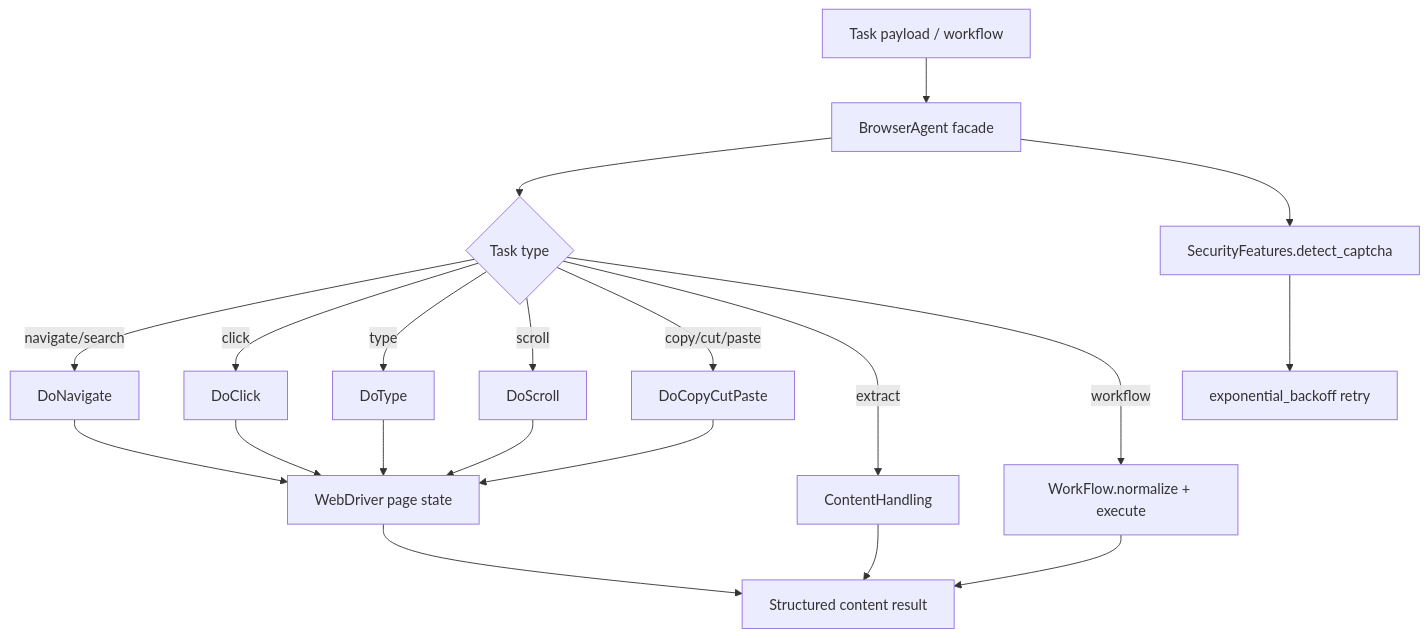
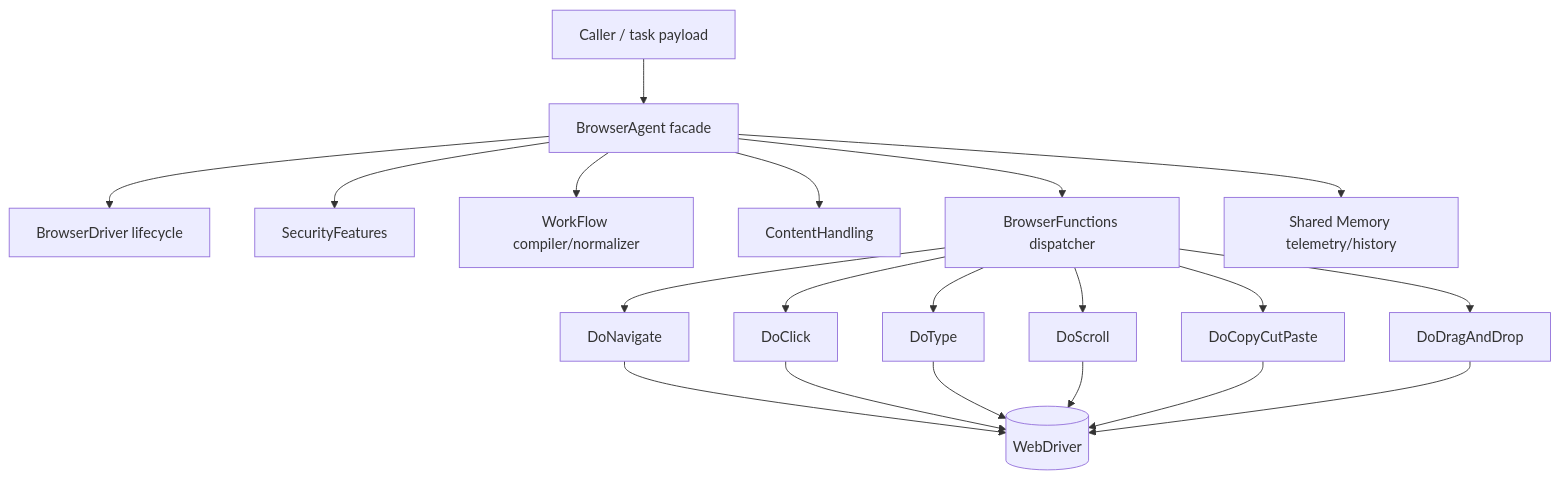
The first of 2 diagrams in src/agents/browser/README.md (The-Outsider-97/SLAI), drawn with Mermaid before and after one commit. The commit also changed other lines of this file, not shown here.

````diff
--- a/src/agents/browser/README.md
+++ b/src/agents/browser/README.md
@@ -62,25 +29,26 @@
 ```mermaid
 flowchart TD
-    A[Task payload / workflow] --> B[BrowserAgent facade]
-    B --> C{Task type}
+    A[Caller / task payload] --> B[BrowserAgent facade]
 
-    C -->|navigate/search| D[DoNavigate]
-    C -->|click| E[DoClick]
-    C -->|type| F[DoType]
-    C -->|scroll| G[DoScroll]
-    C -->|copy/cut/paste| H[DoCopyCutPaste]
-    C -->|extract| I[ContentHandling]
-    C -->|workflow| J[WorkFlow.normalize + execute]
+    B --> C[BrowserDriver lifecycle]
+    B --> D[SecurityFeatures]
+    B --> E[WorkFlow compiler/normalizer]
+    B --> F[ContentHandling]
+    B --> G[BrowserFunctions dispatcher]
 
-    B --> K[SecurityFeatures.detect_captcha]
-    K --> L[exponential_backoff retry]
+    G --> H[DoNavigate]
+    G --> I[DoClick]
+    G --> J[DoType]
+    G --> K[DoScroll]
+    G --> L[DoCopyCutPaste]
+    G --> M[DoDragAndDrop]
 
-    D --> M[WebDriver page state]
-    E --> M
-    F --> M
-    G --> M
-    H --> M
-    I --> N[Structured content result]
+    H --> N[(WebDriver)]
+    I --> N
     J --> N
+    K --> N
+    L --> N
     M --> N
+
+    B --> O[Shared Memory telemetry/history]
 ```
````
